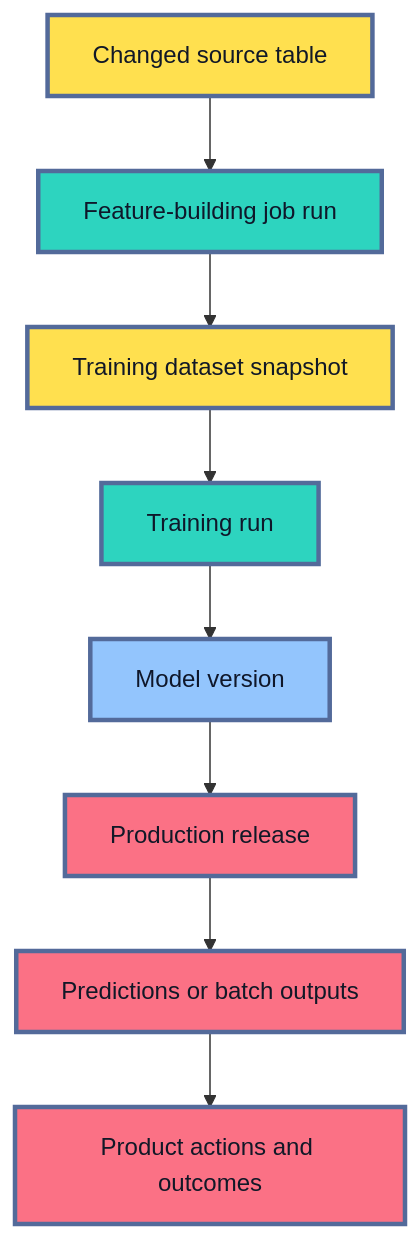
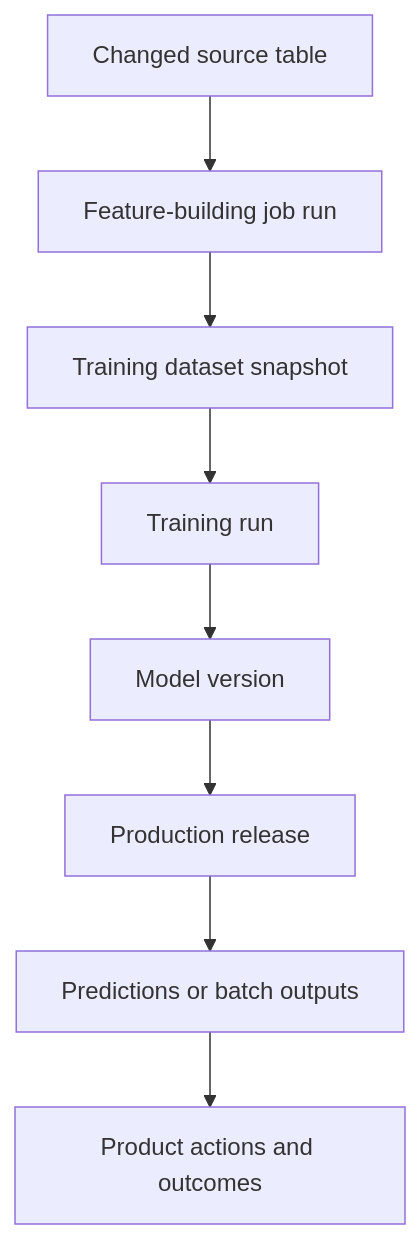
Before and after one commit to senlinyy/dev-roadmaps: the seventh of 7 diagrams in roadmaps/mlops/modules/mlops-foundations/architecture-basics/02-ml-system-assets.md, drawn with Mermaid. The commit also changed other lines of this file and 152 other files, not shown here.

Commit message:
feat: mlops and diagrams updated

````diff
--- a/roadmaps/mlops/modules/mlops-foundations/architecture-basics/02-ml-system-assets.md
+++ b/roadmaps/mlops/modules/mlops-foundations/architecture-basics/02-ml-system-assets.md
@@ -455,19 +449,15 @@
 ```mermaid
 flowchart TD
     S["Changed source table"] --> J["Feature-building job run"]
     J --> D["Training dataset snapshot"]
     D --> T["Training run"]
     T --> M["Model version"]
     M --> R["Production release"]
     R --> P["Predictions or batch outputs"]
     P --> O["Product actions and outcomes"]
 
-    classDef source fill:#FFE04F,stroke:#536A9A,stroke-width:3px,color:#111827
-    classDef work fill:#2DD4BF,stroke:#536A9A,stroke-width:3px,color:#0F172A
-    classDef model fill:#93C5FD,stroke:#536A9A,stroke-width:3px,color:#0F172A
-    classDef production fill:#FB7185,stroke:#536A9A,stroke-width:3px,color:#111827
     class S,D source
     class J,T work
     class M model
     class R,P,O production
 ```
````
